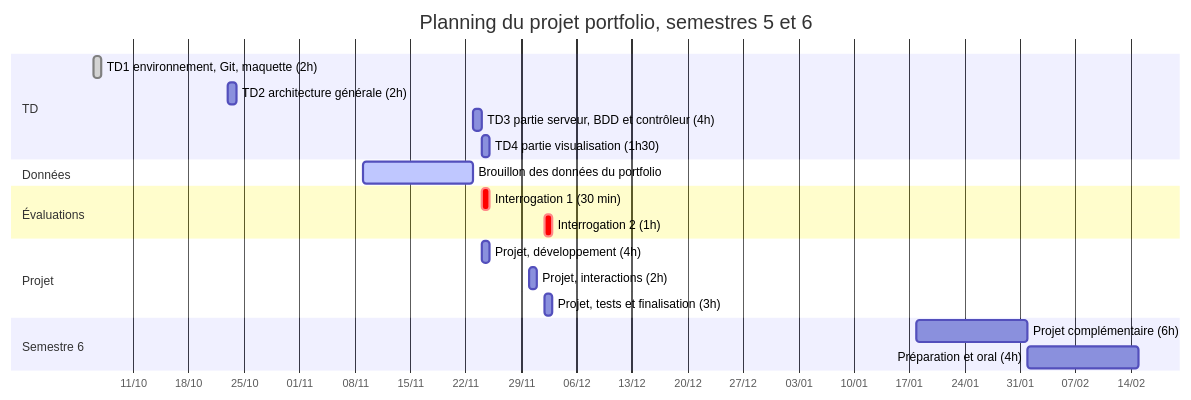
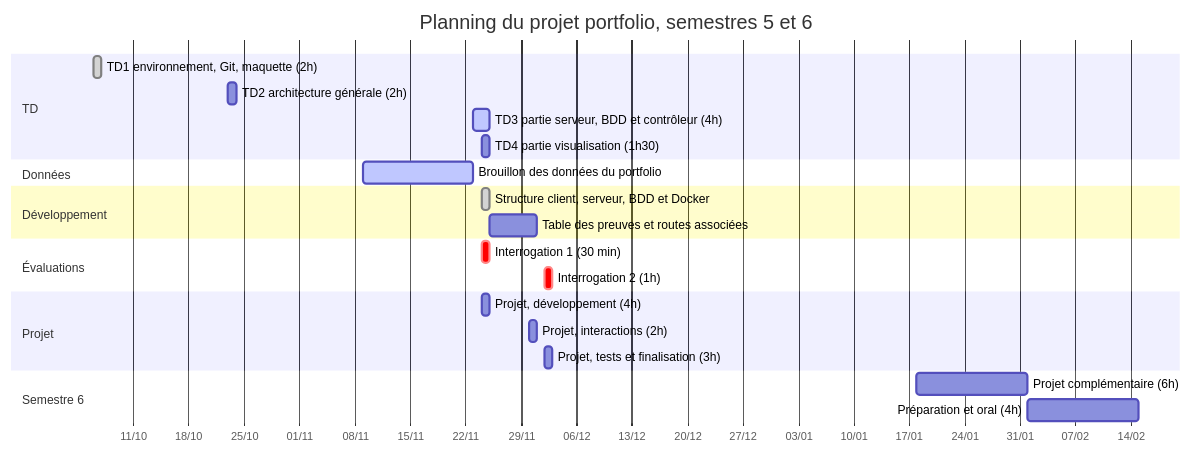
One commit to chicwww/Data-Science-Project- changed the diagram in AVANCEMENT.md. Above: the diagram before and after it, drawn with Mermaid. The commit also changed other lines of this file, not shown here.

Commit message:
Mise a jour de l'avancement avec les seances du TD3 des 23 et 24 novembre et les choix techniques

````diff
--- a/AVANCEMENT.md
+++ b/AVANCEMENT.md
@@ -25,23 +25,26 @@
 ```mermaid
 gantt
     title Planning du projet portfolio, semestres 5 et 6
     dateFormat YYYY-MM-DD
     axisFormat %d/%m
     section TD
     TD1 environnement, Git, maquette (2h)      :done,   td1, 2026-10-06, 1d
     TD2 architecture générale (2h)             :        td2, 2026-10-23, 1d
-    TD3 partie serveur, BDD et contrôleur (4h) :        td3, 2026-11-23, 1d
+    TD3 partie serveur, BDD et contrôleur (4h) :active, td3, 2026-11-23, 2d
     TD4 partie visualisation (1h30)            :        td4, 2026-11-24, 1d
     section Données
     Brouillon des données du portfolio         :active, d1, 2026-11-09, 14d
+    section Développement
+    Structure client, serveur, BDD et Docker   :done,   dev1, 2026-11-24, 1d
+    Table des preuves et routes associées      :        dev2, after dev1, 6d
     section Évaluations
     Interrogation 1 (30 min)                   :crit,   i1, 2026-11-24, 1d
     Interrogation 2 (1h)                       :crit,   i2, 2026-12-02, 1d
     section Projet
     Projet, développement (4h)                 :        p1, 2026-11-24, 1d
     Projet, interactions (2h)                  :        p2, 2026-11-30, 1d
     Projet, tests et finalisation (3h)         :        p3, 2026-12-02, 1d
     section Semestre 6
     Projet complémentaire (6h)                 :        s6a, 2027-01-18, 14d
     Préparation et oral (4h)                   :        s6b, after s6a, 14d
 ```
````
